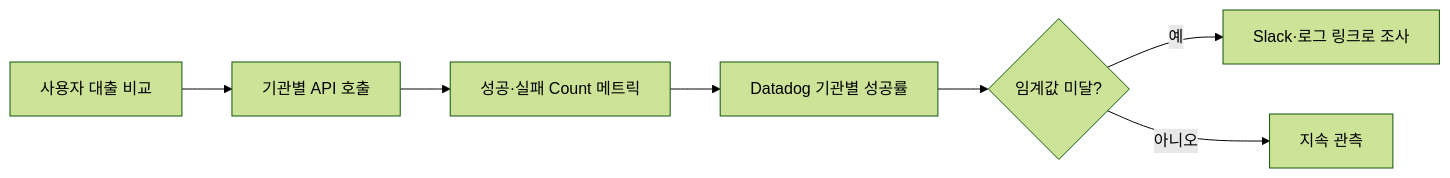
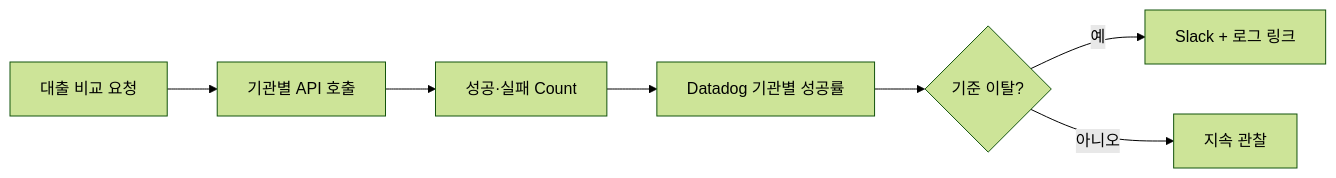
Before and after one commit to guseoh/cs: the diagram in References/Tech Articles/Articles/2026/2026-10-30-100여개의-대출-기관-API-자동으로-운영하기-b7a4a264.md, drawn with Mermaid (forest theme). The commit also changed other lines of this file and 29 other files, not shown here.

````diff
--- a/References/Tech Articles/Articles/2026/2026-10-30-100여개의-대출-기관-API-자동으로-운영하기-b7a4a264.md
+++ b/References/Tech Articles/Articles/2026/2026-10-30-100여개의-대출-기관-API-자동으로-운영하기-b7a4a264.md
@@ -33,9 +33,9 @@
 ```mermaid
 flowchart LR
-  A[사용자 대출 비교] --> B[기관별 API 호출]
-  B --> C[성공·실패 Count 메트릭]
-  C --> D[Datadog 기관별 성공률]
-  D --> E{임계값 미달?}
-  E -- 예 --> F[Slack·로그 링크로 조사]
-  E -- 아니오 --> G[지속 관측]
+ A[대출 비교 요청] --> B[기관별 API 호출]
+ B --> C[성공·실패 Count]
+ C --> D[Datadog 기관별 성공률]
+ D --> E{기준 이탈?}
+ E -- 예 --> F[Slack + 로그 링크]
+ E -- 아니오 --> G[지속 관찰]
 ```
````
